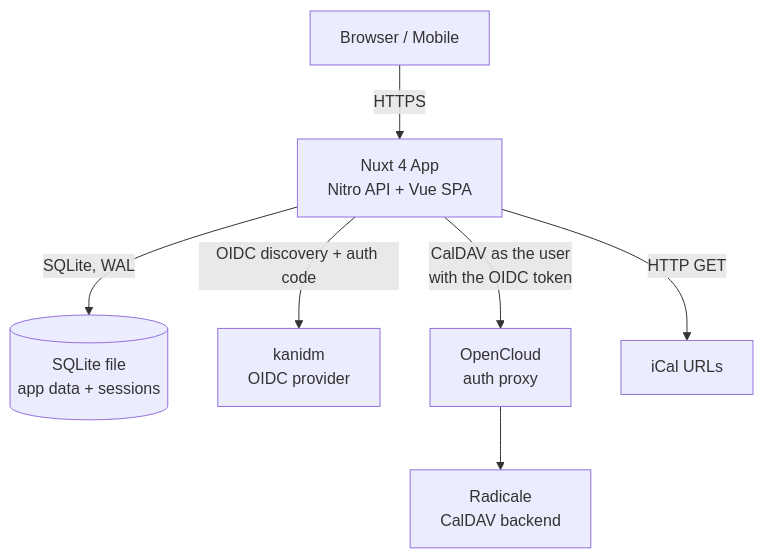
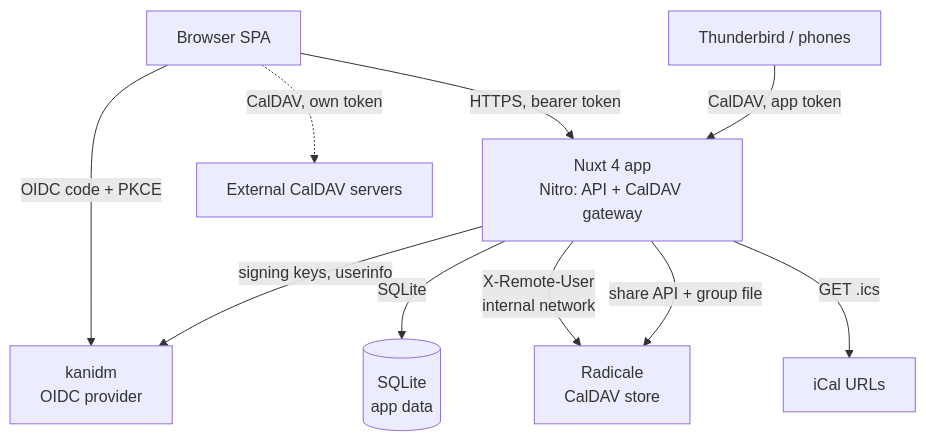
Before and after one commit to ByteSquire/web-calendar: the first of 3 diagrams in docs/design.md, drawn with Mermaid. The commit also changed other lines of this file and 15 other files, not shown here.

````diff
--- a/docs/design.md
+++ b/docs/design.md
@@ -89,10 +100,13 @@
 ```mermaid
 graph TD
-    Browser[Browser / Mobile] -->|HTTPS| Nuxt
-    Nuxt[Nuxt 4 App<br/>Nitro API + Vue SPA]
-    Nuxt -->|SQLite, WAL| DB[(SQLite file<br/>app data + sessions)]
-    Nuxt -->|OIDC discovery + auth code| Kanidm[kanidm<br/>OIDC provider]
-    Nuxt -->|CalDAV as the user<br/>with the OIDC token| OpenCloud[OpenCloud<br/>auth proxy]
-    OpenCloud --> Radicale[Radicale<br/>CalDAV backend]
-    Nuxt -->|HTTP GET| ICS[iCal URLs]
+    Browser[Browser SPA] -->|HTTPS, bearer token| Nuxt
+    TB[Thunderbird / phones] -->|CalDAV, app token| Nuxt
+    Nuxt[Nuxt 4 app<br/>Nitro: API + CalDAV gateway]
+    Browser -->|OIDC code + PKCE| Kanidm[kanidm<br/>OIDC provider]
+    Nuxt -->|signing keys, userinfo| Kanidm
+    Nuxt -->|SQLite| DB[(SQLite<br/>app data)]
+    Nuxt -->|X-Remote-User<br/>internal network| Radicale[Radicale<br/>CalDAV store]
+    Nuxt -->|share API + group file| Radicale
+    Nuxt -->|GET .ics| ICS[iCal URLs]
+    Browser -.->|CalDAV, own token| Ext[External CalDAV servers]
 ```
````
